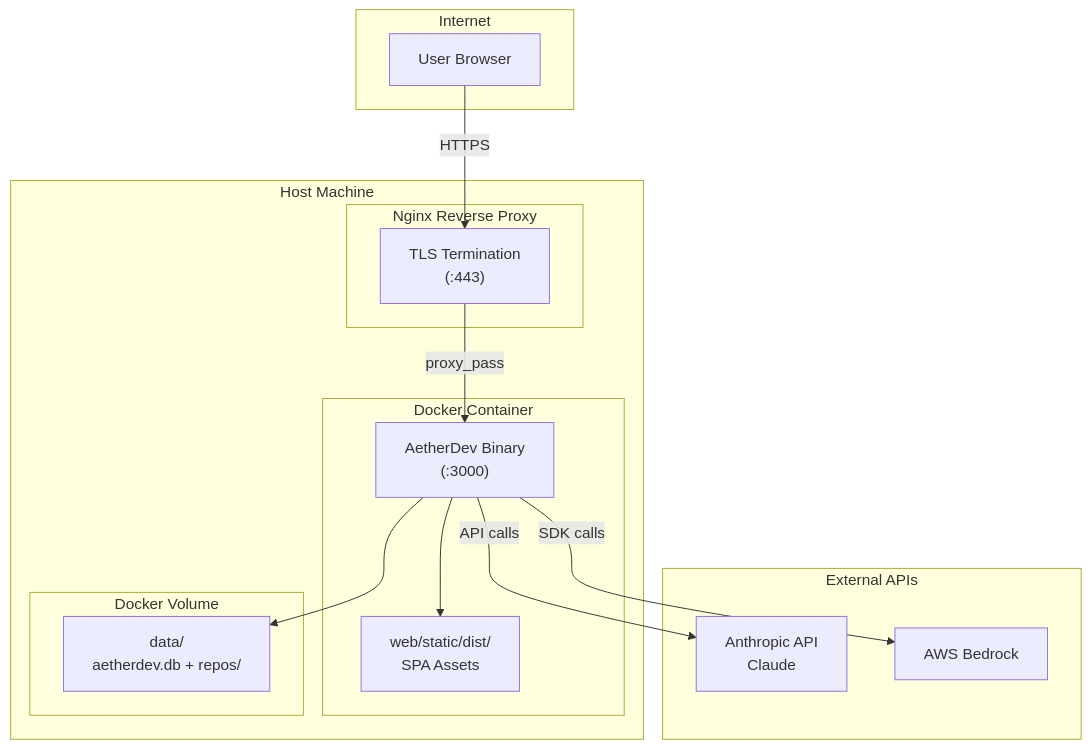
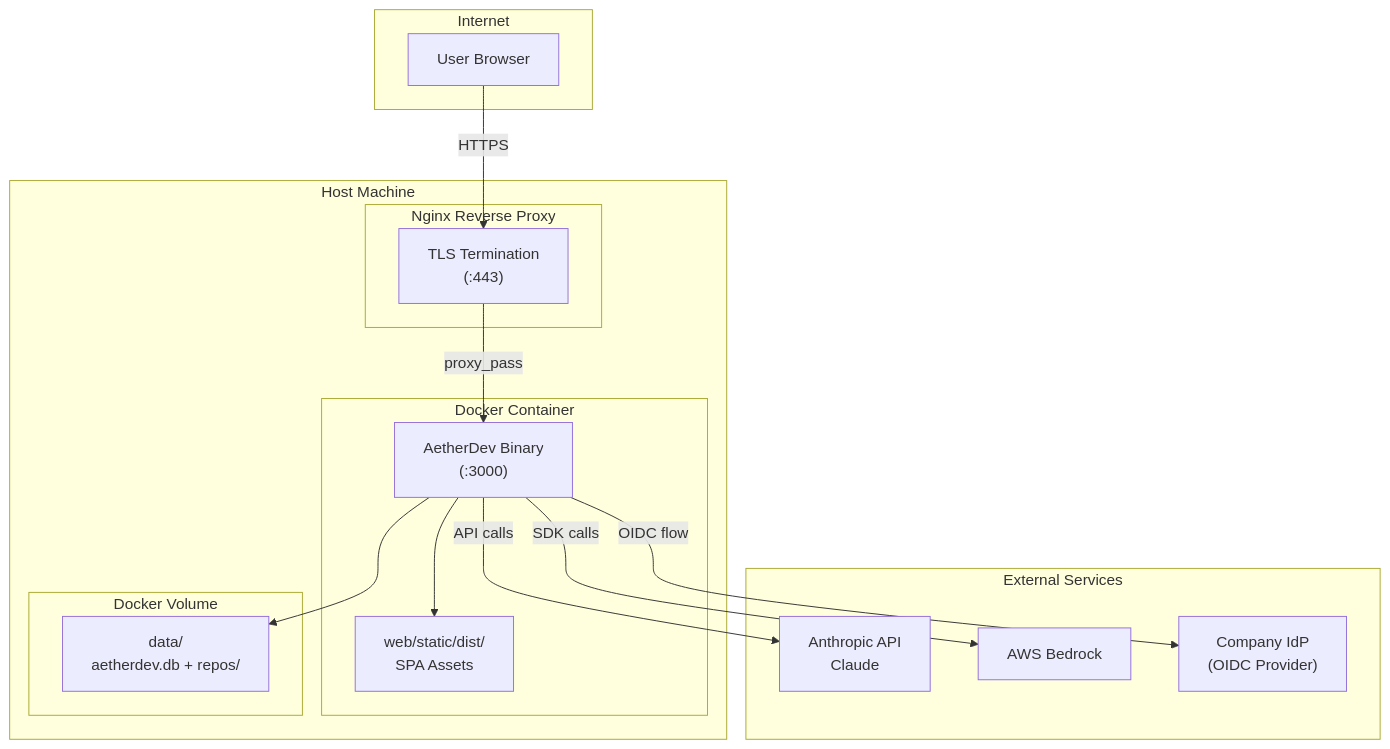
Before and after one commit to kondalaraogangavarapu/custom-gitea: the fifth of 6 diagrams in README.md, drawn with Mermaid. The commit also changed other lines of this file and 10 other files, not shown here.

First line of the commit message:
feat: add OIDC/SSO authentication and update README with architecture diagrams

````diff
--- a/README.md
+++ b/README.md
@@ -157,33 +210,35 @@
 ```mermaid
 graph TB
     subgraph Internet
         User["User Browser"]
     end
 
     subgraph Host["Host Machine"]
         subgraph Nginx["Nginx Reverse Proxy"]
             SSL["TLS Termination<br/>(:443)"]
         end
 
         subgraph Docker["Docker Container"]
             App["AetherDev Binary<br/>(:3000)"]
             Static["web/static/dist/<br/>SPA Assets"]
         end
 
         subgraph Volume["Docker Volume"]
             Data["data/<br/>aetherdev.db + repos/"]
         end
     end
 
-    subgraph External["External APIs"]
+    subgraph External["External Services"]
         Anthropic["Anthropic API<br/>Claude"]
         AWS["AWS Bedrock"]
+        IdP["Company IdP<br/>(OIDC Provider)"]
     end
 
     User -->|HTTPS| SSL
     SSL -->|proxy_pass| App
     App --> Static
     App --> Data
     App -->|API calls| Anthropic
     App -->|SDK calls| AWS
+    App -->|OIDC flow| IdP
 ```
````
